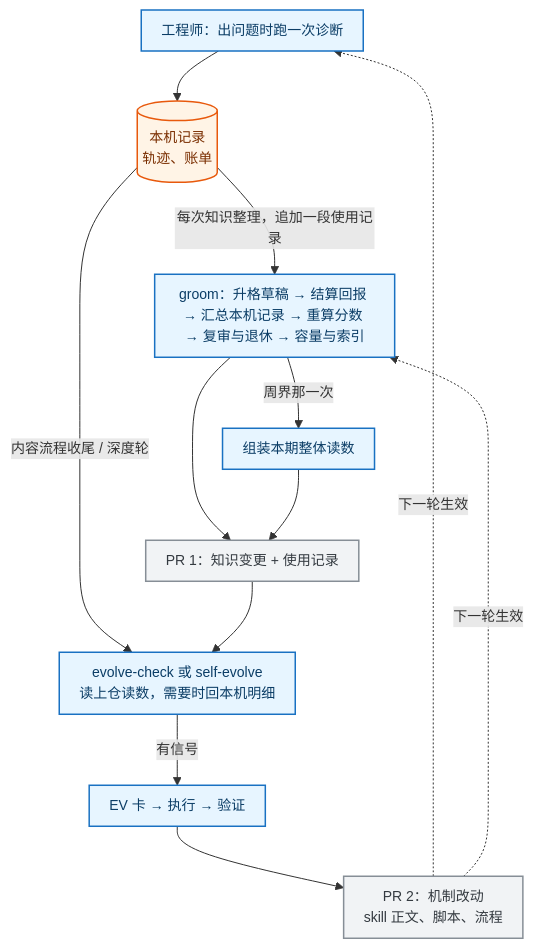
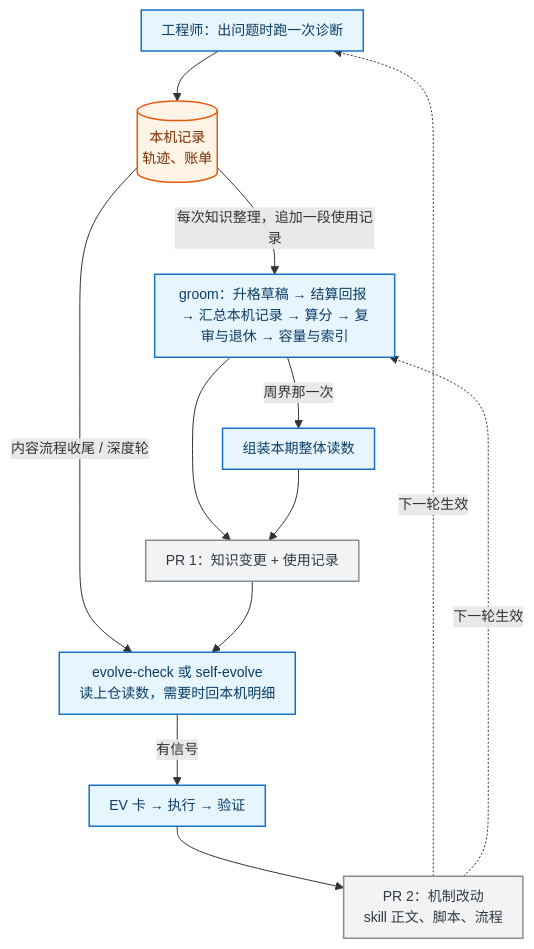
The second of 4 diagrams in docs/mechanism/diagnosis-observability.md (Bowen-Leee/ascend-sleuth), drawn with Mermaid before and after one commit. The commit also changed other lines of this file and 1 other file, not shown here.

````diff
--- a/docs/mechanism/diagnosis-observability.md
+++ b/docs/mechanism/diagnosis-observability.md
@@ -167,22 +167,22 @@
 ```mermaid
 %%{init: {'themeVariables':{'fontSize':'14px'},'flowchart':{'curve':'basis','nodeSpacing':40,'rankSpacing':50,'padding':10}}}%%
 flowchart TB
     D1["工程师：出问题时跑一次诊断"] --> L[("本机记录<br/>轨迹、账单")]
-    L -->|"每次知识整理，追加一段使用记录"| G1["groom：升格草稿 → 结算回报 → 汇总本机记录 → 重算分数 → 复审与退休 → 容量与索引"]
+    L -->|"每次知识整理，追加一段使用记录"| G1["groom：升格草稿 → 结算回报 → 汇总本机记录 → 算分 → 复审与退休 → 容量与索引"]
     G1 -->|"周界那一次"| G2["组装本期整体读数"]
     G1 --> P1["PR 1：知识变更 + 使用记录"]
     G2 --> P1
     L -->|"内容流程收尾 / 深度轮"| V1["evolve-check 或 self-evolve<br/>读上仓读数，需要时回本机明细"]
     P1 --> V1
     V1 -->|"有信号"| V2["EV 卡 → 执行 → 验证"]
     V2 --> P2["PR 2：机制改动<br/>skill 正文、脚本、流程"]
     P2 -.->|"下一轮生效"| D1
     P2 -.->|"下一轮生效"| G1
 
     classDef human fill:#e7f5ff,stroke:#1971c2,stroke-width:1.5px,color:#0b3d66
     classDef store fill:#fff4e6,stroke:#e8590c,stroke-width:1.5px,color:#7a2e00
     classDef pr fill:#f1f3f5,stroke:#868e96,stroke-width:1.5px,color:#343a40
     class D1,G1,G2,V1,V2 human
     class L store
     class P1,P2 pr
 ```
````
